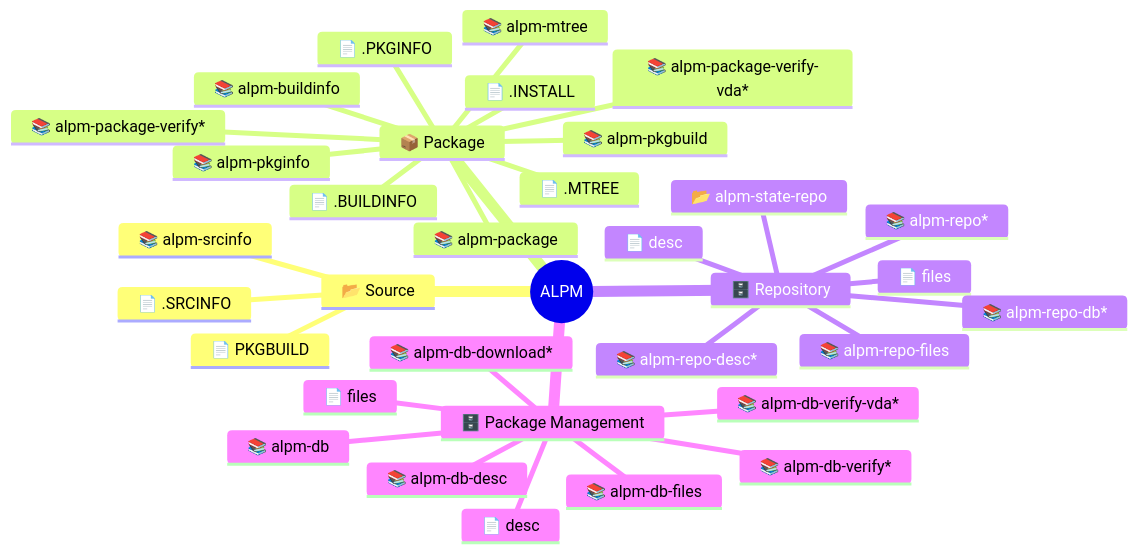
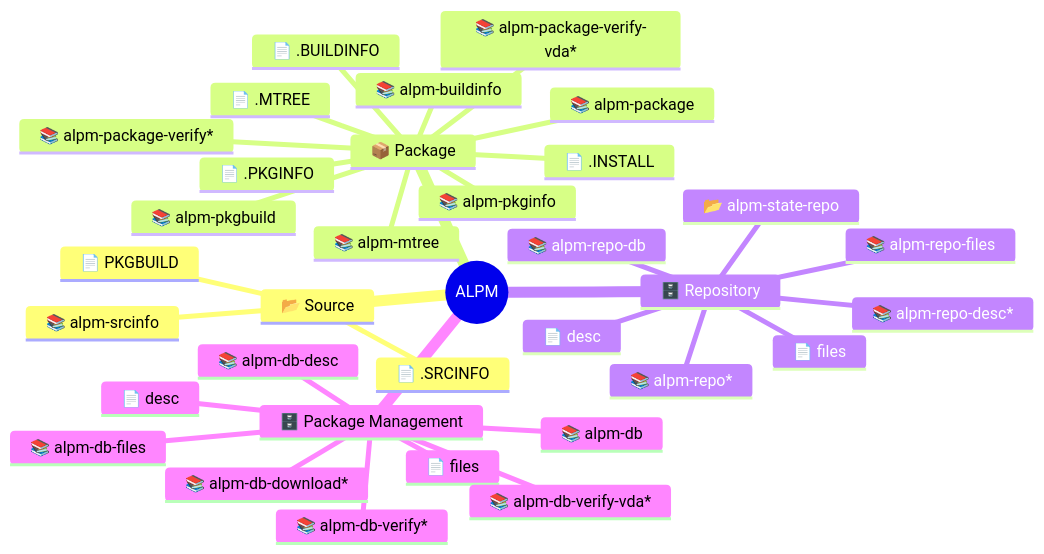
The diagram in README.md (archlinux/alpm), drawn with Mermaid before and after one commit. The commit also changed other lines of this file and 30 other files, not shown here.

Commit message:
feat: Add alpm-repo-files to alpm-repo-db crate

````diff
--- a/README.md
+++ b/README.md
@@ -23,37 +23,37 @@
 ```mermaid
 mindmap
   root((ALPM))
     📂 Source
       📄 PKGBUILD
       📄 .SRCINFO
       📚️ alpm-srcinfo
     📦 Package
       📄 .BUILDINFO
       📄 .PKGINFO
       📄 .INSTALL
       📄 .MTREE
       📚️ alpm-buildinfo
       📚️ alpm-pkgbuild
       📚️ alpm-pkginfo
       📚️ alpm-mtree
       📚️ alpm-package
       📚️ alpm-package-verify*
       📚️ alpm-package-verify-vda*
     🗄️ Repository
       📄 desc
       📄 files
       📚️ alpm-repo*
-      📚️ alpm-repo-db*
+      📚️ alpm-repo-db
       📚️ alpm-repo-desc*
       📚️ alpm-repo-files
       📂 alpm-state-repo
     🗄️ Package Management
       📄 desc
       📄 files
       📚️ alpm-db
       📚️ alpm-db-desc
       📚️ alpm-db-download*
       📚️ alpm-db-files
       📚️ alpm-db-verify*
       📚️ alpm-db-verify-vda*
 ```
````
